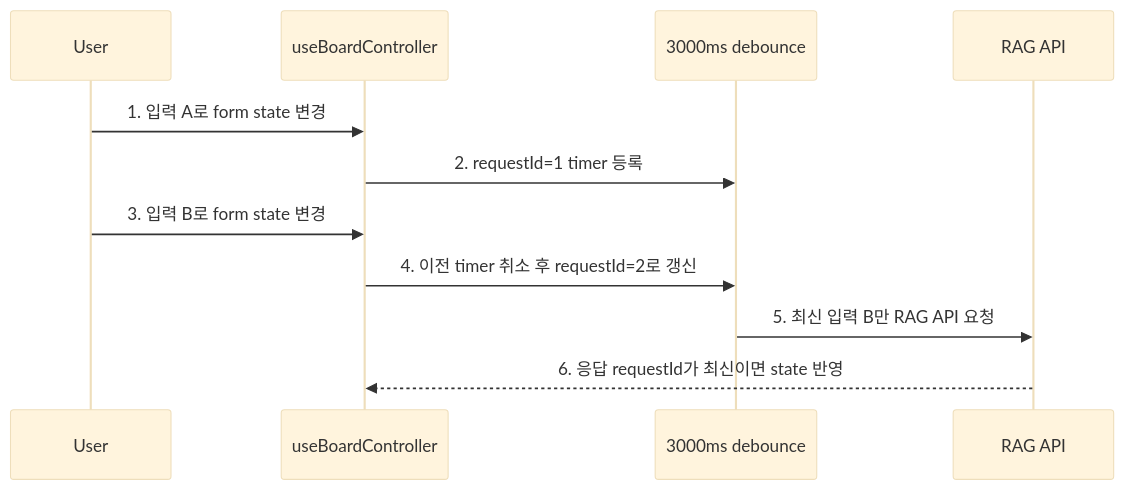
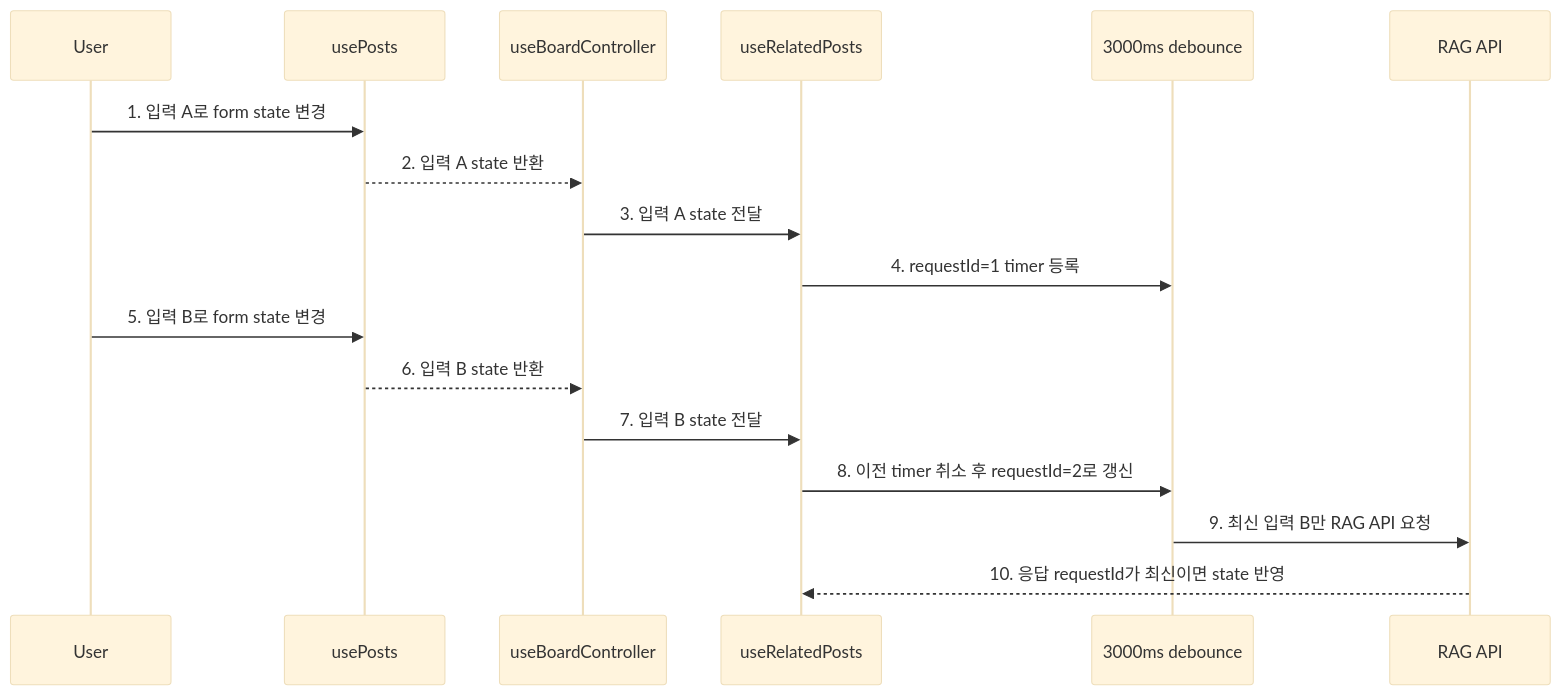
One commit to JUNGLE-TEAM1/W16_team_sprint changed the second of 4 diagrams in docs2/sprint-6/step-4-implementation-record.md. Above: the diagram before and after it, drawn with Mermaid (base theme). The commit also changed other lines of this file and 7 other files, not shown here.

````diff
--- a/docs2/sprint-6/step-4-implementation-record.md
+++ b/docs2/sprint-6/step-4-implementation-record.md
@@ -138,14 +164,20 @@
 ```mermaid
 sequenceDiagram
     participant User as User
-    participant Controller as useBoardController
+    participant PostsHook as usePosts
+    participant Board as useBoardController
+    participant Hook as useRelatedPosts
     participant Timer as 3000ms debounce
     participant API as RAG API
 
-    User->>Controller: 1. 입력 A로 form state 변경
-    Controller->>Timer: 2. requestId=1 timer 등록
-    User->>Controller: 3. 입력 B로 form state 변경
-    Controller->>Timer: 4. 이전 timer 취소 후 requestId=2로 갱신
-    Timer->>API: 5. 최신 입력 B만 RAG API 요청
-    API-->>Controller: 6. 응답 requestId가 최신이면 state 반영
+    User->>PostsHook: 1. 입력 A로 form state 변경
+    PostsHook-->>Board: 2. 입력 A state 반환
+    Board->>Hook: 3. 입력 A state 전달
+    Hook->>Timer: 4. requestId=1 timer 등록
+    User->>PostsHook: 5. 입력 B로 form state 변경
+    PostsHook-->>Board: 6. 입력 B state 반환
+    Board->>Hook: 7. 입력 B state 전달
+    Hook->>Timer: 8. 이전 timer 취소 후 requestId=2로 갱신
+    Timer->>API: 9. 최신 입력 B만 RAG API 요청
+    API-->>Hook: 10. 응답 requestId가 최신이면 state 반영
 ```
````
